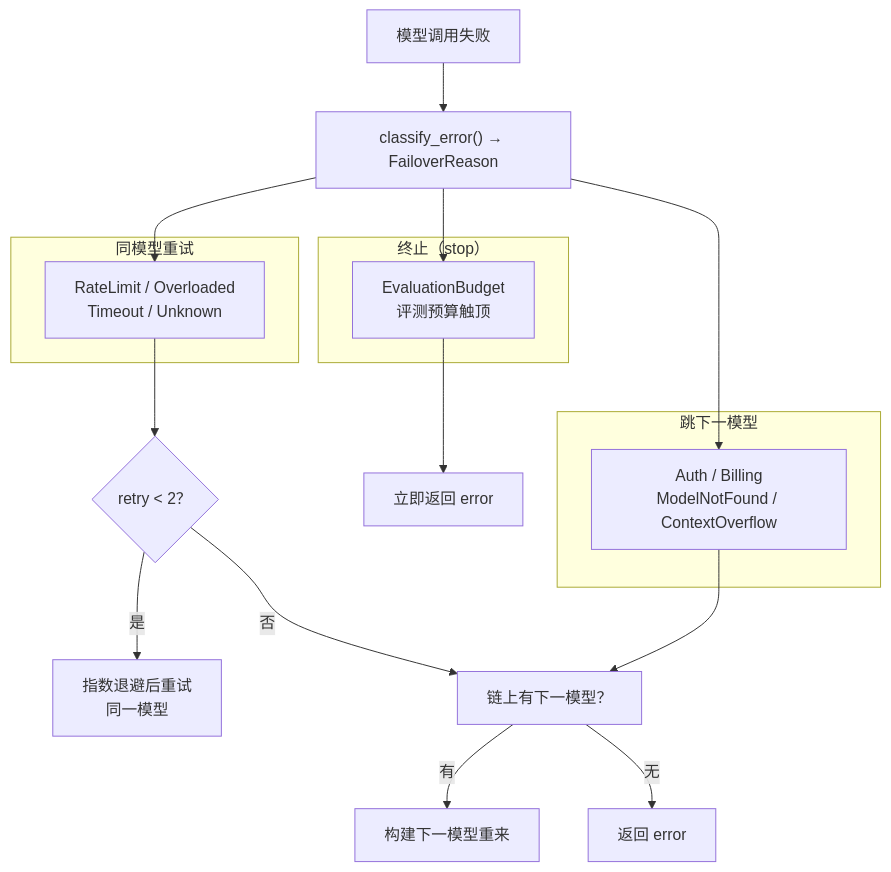
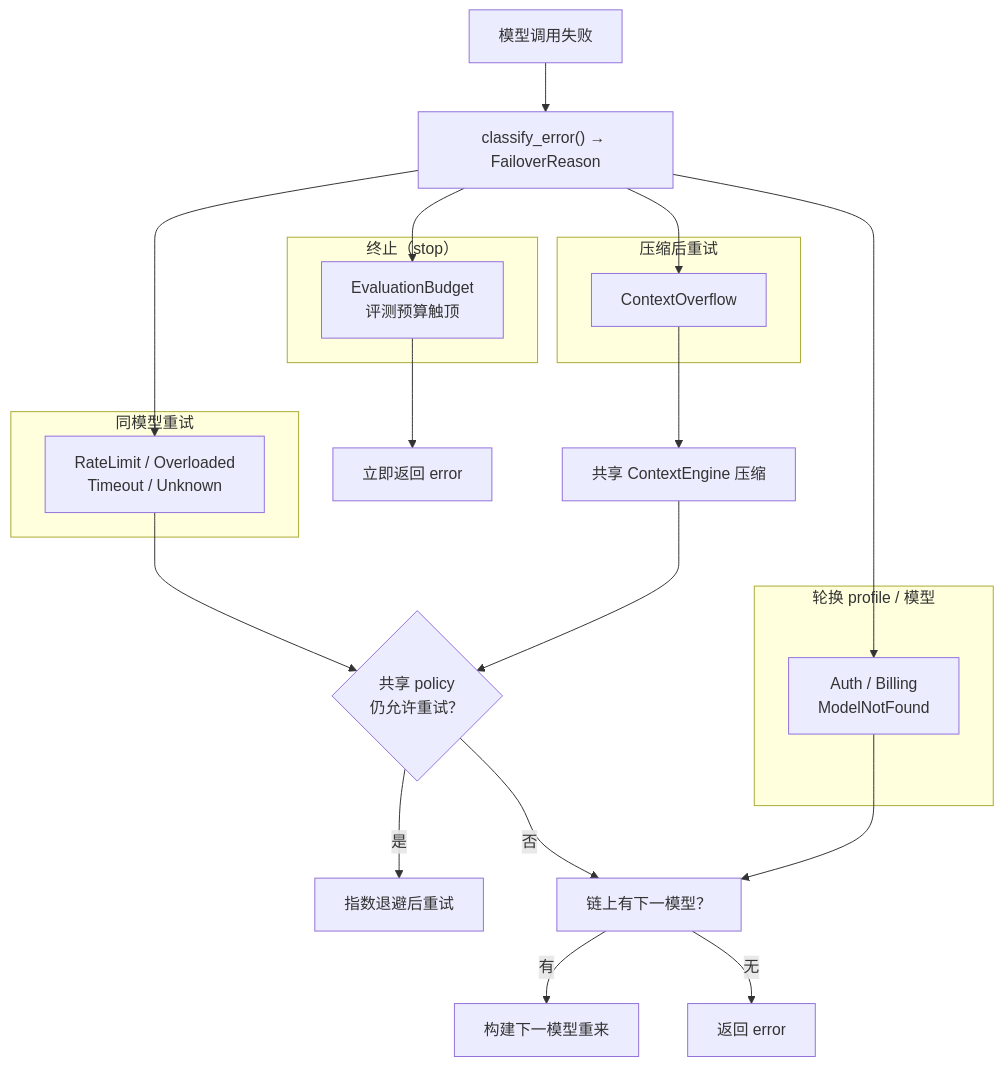
The ninth of 10 diagrams in docs/architecture/integration/acp.md (shiwenwen/hope-agent), drawn with Mermaid before and after one commit. The commit also changed other lines of this file and 230 other files, not shown here.

````diff
--- a/docs/architecture/integration/acp.md
+++ b/docs/architecture/integration/acp.md
@@ -401,24 +403,28 @@
 ```mermaid
 flowchart TB
     ERR["模型调用失败"]
     CLASSIFY["classify_error() → FailoverReason"]
 
     subgraph TERM["终止（stop）"]
         EB["EvaluationBudget<br/>评测预算触顶"]
     end
     subgraph RETRY["同模型重试"]
         RL["RateLimit / Overloaded<br/>Timeout / Unknown"]
     end
-    subgraph SKIP["跳下一模型"]
-        AU["Auth / Billing<br/>ModelNotFound / ContextOverflow"]
+    subgraph RECOVER["压缩后重试"]
+        CO["ContextOverflow"]
+    end
+    subgraph SKIP["轮换 profile / 模型"]
+        AU["Auth / Billing<br/>ModelNotFound"]
     end
 
-    ERR --> CLASSIFY --> EB & RL & AU
+    ERR --> CLASSIFY --> EB & RL & CO & AU
     EB --> STOP["立即返回 error"]
-    RL --> R1{"retry < 2？"}
-    R1 -- 是 --> BACKOFF["指数退避后重试<br/>同一模型"]
+    RL --> R1{"共享 policy<br/>仍允许重试？"}
+    R1 -- 是 --> BACKOFF["指数退避后重试"]
     R1 -- 否 --> NEXTM
+    CO --> COMPACT["共享 ContextEngine 压缩"] --> R1
     AU --> NEXTM["链上有下一模型？"]
     NEXTM -- 有 --> TRY["构建下一模型重来"]
     NEXTM -- 无 --> FAIL["返回 error"]
 ```
````
